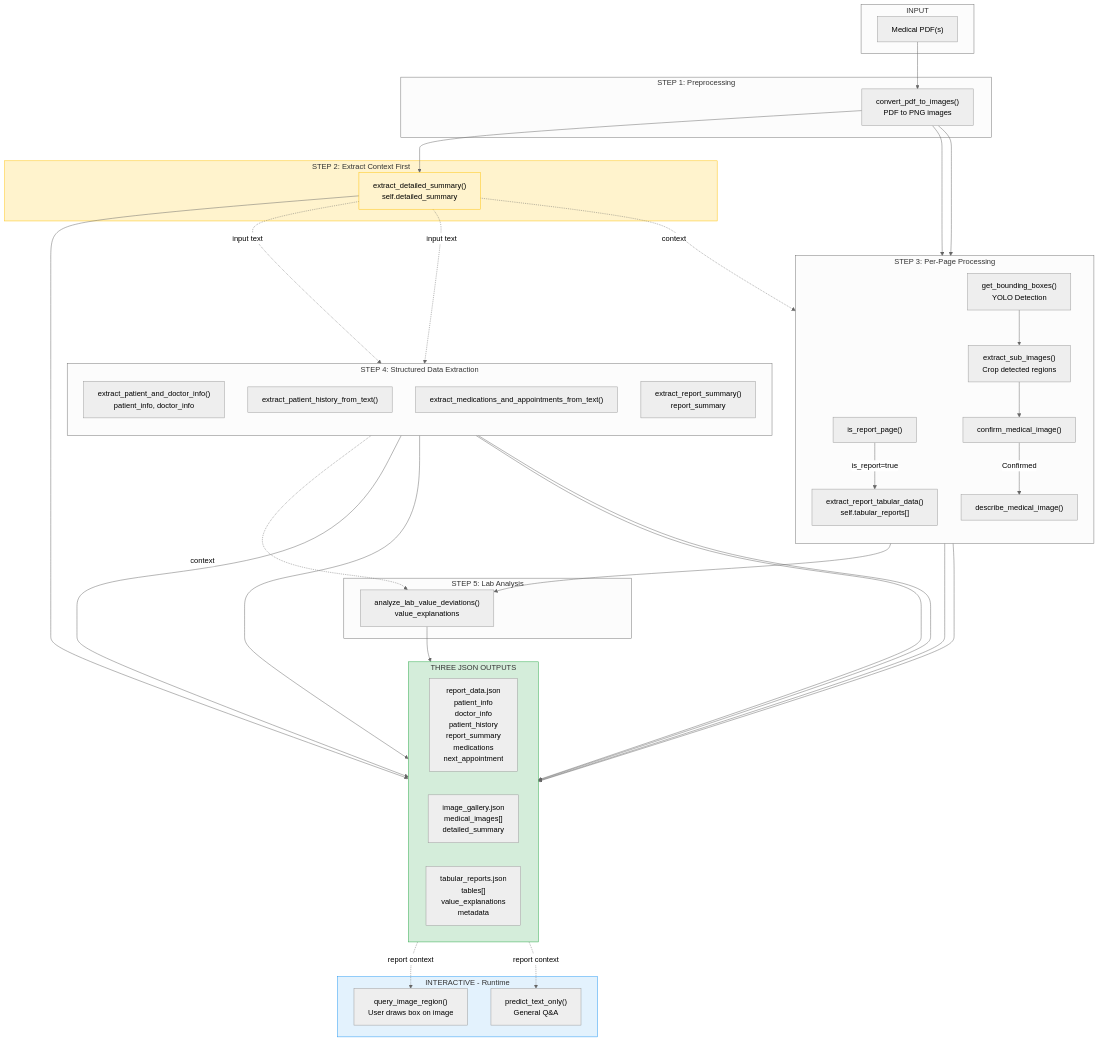
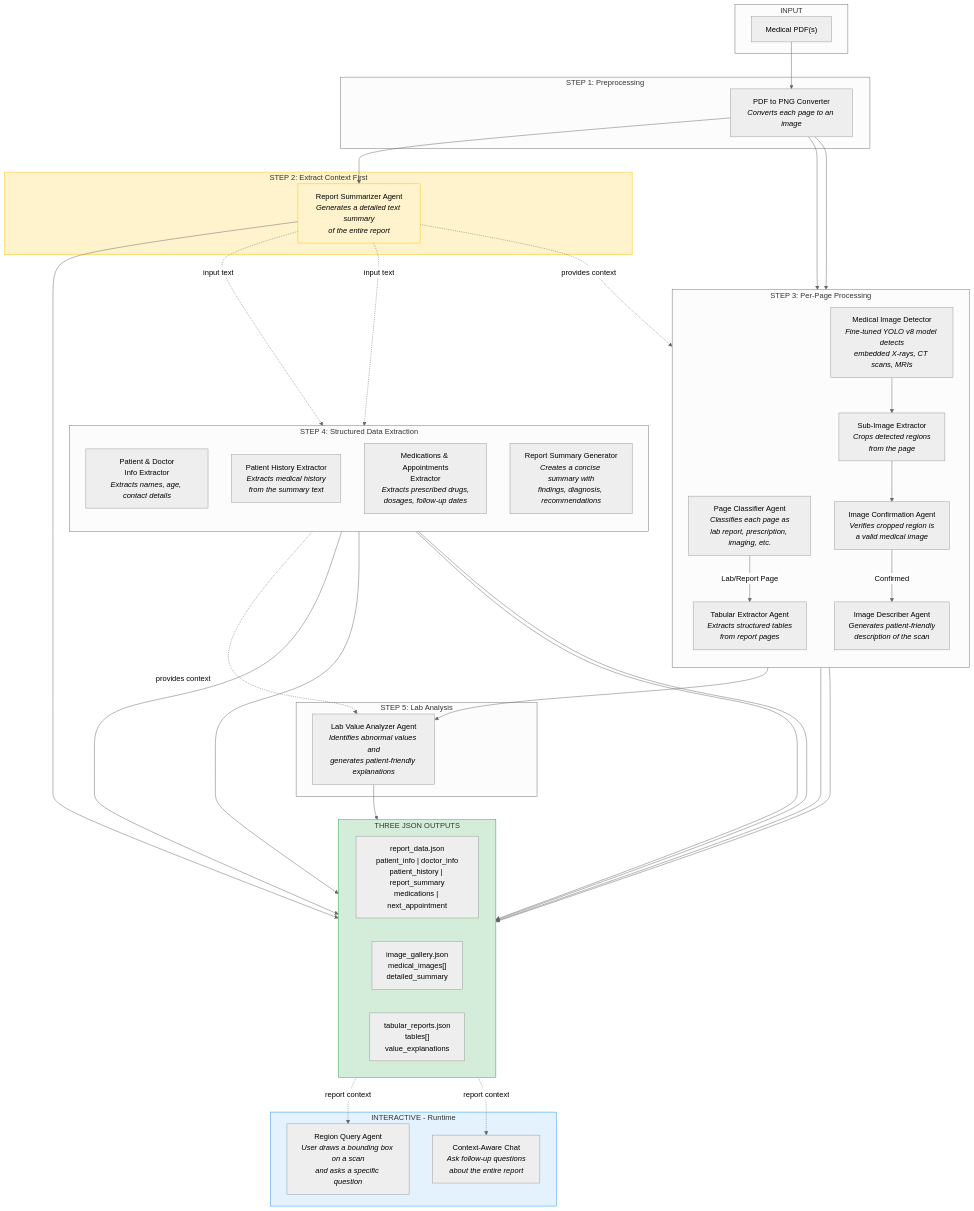
The diagram in README.md (Redluigi1/medgemma_hackathon), drawn with Mermaid (neutral theme) before and after one commit. The commit also changed 2 other files, not shown here.

```diff
--- a/README.md
+++ b/README.md
@@ -56,48 +56,48 @@
     end
 
     subgraph Step1["STEP 1: Preprocessing"]
-        PDF2IMG["convert_pdf_to_images()<br/>PDF to PNG images"]
+        PDF2IMG["PDF to PNG Converter<br/><i>Converts each page to an image</i>"]
     end
 
     subgraph Step2["STEP 2: Extract Context First"]
-        DETAILED["extract_detailed_summary()<br/>self.detailed_summary"]
+        DETAILED["Report Summarizer Agent<br/><i>Generates a detailed text summary<br/>of the entire report</i>"]
         style DETAILED fill:#fff3cd,stroke:#ffc107
     end
 
     subgraph Step3["STEP 3: Per-Page Processing"]
         direction TB
-        PAGECLASSIFY["is_report_page()"]
+        PAGECLASSIFY["Page Classifier Agent<br/><i>Classifies each page as<br/>lab report, prescription, imaging, etc.</i>"]
         
-        PAGECLASSIFY -->|"is_report=true"| TABULAR["extract_report_tabular_data()<br/>self.tabular_reports[]"]
+        PAGECLASSIFY -->|"Lab/Report Page"| TABULAR["Tabular Extractor Agent<br/><i>Extracts structured tables<br/>from report pages</i>"]
         
-        YOLO["get_bounding_boxes()<br/>YOLO Detection"]
-        YOLO --> CROP["extract_sub_images()<br/>Crop detected regions"]
-        CROP --> CONFIRM["confirm_medical_image()"]
-        CONFIRM -->|"Confirmed"| DESCRIBE["describe_medical_image()"]
+        YOLO["Medical Image Detector<br/><i>Fine-tuned YOLO v8 model detects<br/>embedded X-rays, CT scans, MRIs</i>"]
+        YOLO --> CROP["Sub-Image Extractor<br/><i>Crops detected regions<br/>from the page</i>"]
+        CROP --> CONFIRM["Image Confirmation Agent<br/><i>Verifies cropped region is<br/>a valid medical image</i>"]
+        CONFIRM -->|"Confirmed"| DESCRIBE["Image Describer Agent<br/><i>Generates patient-friendly<br/>description of the scan</i>"]
     end
 
     subgraph Step4["STEP 4: Structured Data Extraction"]
         direction TB
-        PATDOC["extract_patient_and_doctor_info()<br/>patient_info, doctor_info"]
-        HISTORY["extract_patient_history_from_text()"]
-        MEDS["extract_medications_and_appointments_from_text()"]
-        SUMMARY["extract_report_summary()<br/>report_summary"]
+        PATDOC["Patient & Doctor<br/>Info Extractor<br/><i>Extracts names, age, contact details</i>"]
+        HISTORY["Patient History Extractor<br/><i>Extracts medical history<br/>from the summary text</i>"]
+        MEDS["Medications & Appointments<br/>Extractor<br/><i>Extracts prescribed drugs,<br/>dosages, follow-up dates</i>"]
+        SUMMARY["Report Summary Generator<br/><i>Creates a concise summary with<br/>findings, diagnosis, recommendations</i>"]
     end
 
     subgraph Step5["STEP 5: Lab Analysis"]
-        LABANALYZE["analyze_lab_value_deviations()<br/>value_explanations"]
+        LABANALYZE["Lab Value Analyzer Agent<br/><i>Identifies abnormal values and<br/>generates patient-friendly explanations</i>"]
     end
 
     subgraph Outputs["THREE JSON OUTPUTS"]
         direction LR
-        JSON1["report_data.json<br/>patient_info<br/>doctor_info<br/>patient_history<br/>report_summary<br/>medications<br/>next_appointment"]
+        JSON1["report_data.json<br/>patient_info | doctor_info<br/>patient_history | report_summary<br/>medications | next_appointment"]
         JSON2["image_gallery.json<br/>medical_images[]<br/>detailed_summary"]
-        JSON3["tabular_reports.json<br/>tables[]<br/>value_explanations<br/>metadata"]
+        JSON3["tabular_reports.json<br/>tables[]<br/>value_explanations"]
     end
 
     subgraph Interactive["INTERACTIVE - Runtime"]
-        REGION["query_image_region()<br/>User draws box on image"]
-        CHAT["predict_text_only()<br/>General Q&A"]
+        REGION["Region Query Agent<br/><i>User draws a bounding box on a scan<br/>and asks a specific question</i>"]
+        CHAT["Context-Aware Chat<br/><i>Ask follow-up questions<br/>about the entire report</i>"]
     end
 
     %% Main Flow
@@ -107,12 +107,12 @@
     PDF2IMG --> YOLO
 
     %% Context: detailed_summary used by
-    DETAILED -.->|"context"| DESCRIBE
+    DETAILED -.->|"provides context"| DESCRIBE
     DETAILED -.->|"input text"| HISTORY
     DETAILED -.->|"input text"| MEDS
 
     %% Context: report_summary used by
-    SUMMARY -.->|"context"| LABANALYZE
+    SUMMARY -.->|"provides context"| LABANALYZE
 
     %% Tabular to Lab Analysis
     TABULAR --> LABANALYZE
```
